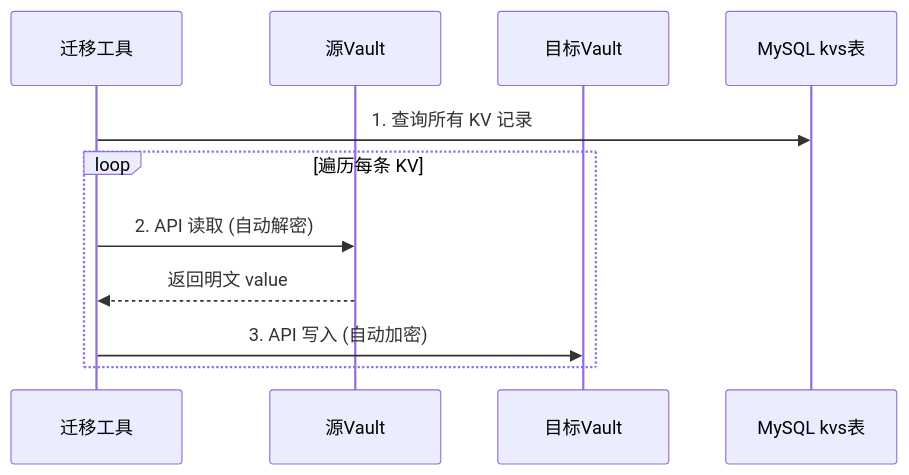
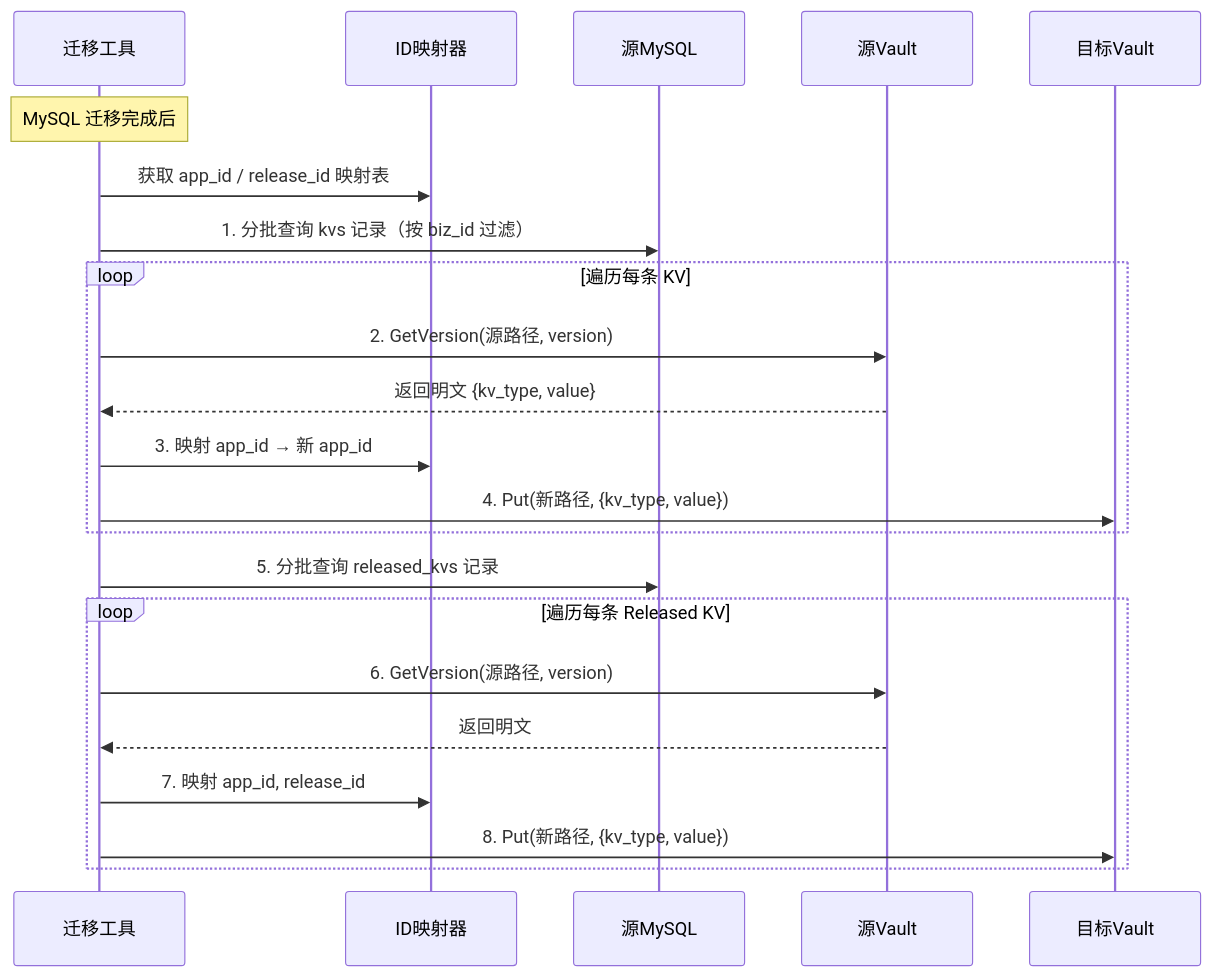
One commit to a-linye/bk-bscp changed the third of 7 diagrams in cmd/tenant-migration/docs/多租户迁移plan.md. Above: the diagram before and after it, drawn with Mermaid. The commit also changed other lines of this file and 9 other files, not shown here.

````diff
--- a/cmd/tenant-migration/docs/多租户迁移plan.md
+++ b/cmd/tenant-migration/docs/多租户迁移plan.md
@@ -299,14 +251,25 @@
 ```mermaid
 sequenceDiagram
     participant Tool as 迁移工具
+    participant IDMap as ID映射器
+    participant SrcDB as 源MySQL
     participant SrcVault as 源Vault
     participant TgtVault as 目标Vault
-    participant MySQL as MySQL kvs表
 
-    Tool->>MySQL: 1. 查询所有 KV 记录
+    Note over Tool: MySQL 迁移完成后
+    Tool->>IDMap: 获取 app_id / release_id 映射表
+    Tool->>SrcDB: 1. 分批查询 kvs 记录（按 biz_id 过滤）
     loop 遍历每条 KV
-        Tool->>SrcVault: 2. API 读取 (自动解密)
-        SrcVault-->>Tool: 返回明文 value
-        Tool->>TgtVault: 3. API 写入 (自动加密)
+        Tool->>SrcVault: 2. GetVersion(源路径, version)
+        SrcVault-->>Tool: 返回明文 {kv_type, value}
+        Tool->>IDMap: 3. 映射 app_id → 新 app_id
+        Tool->>TgtVault: 4. Put(新路径, {kv_type, value})
+    end
+    Tool->>SrcDB: 5. 分批查询 released_kvs 记录
+    loop 遍历每条 Released KV
+        Tool->>SrcVault: 6. GetVersion(源路径, version)
+        SrcVault-->>Tool: 返回明文
+        Tool->>IDMap: 7. 映射 app_id, release_id
+        Tool->>TgtVault: 8. Put(新路径, {kv_type, value})
     end
 ```
````
